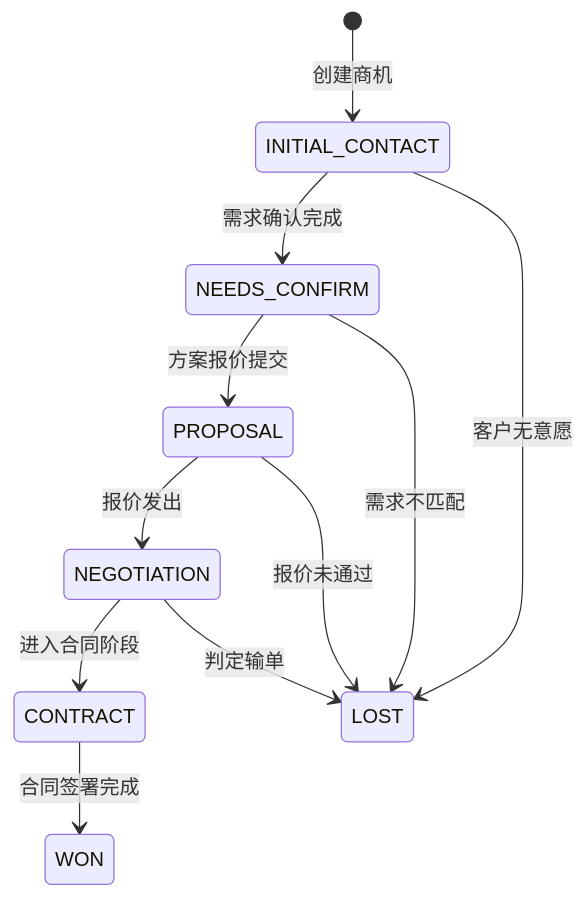
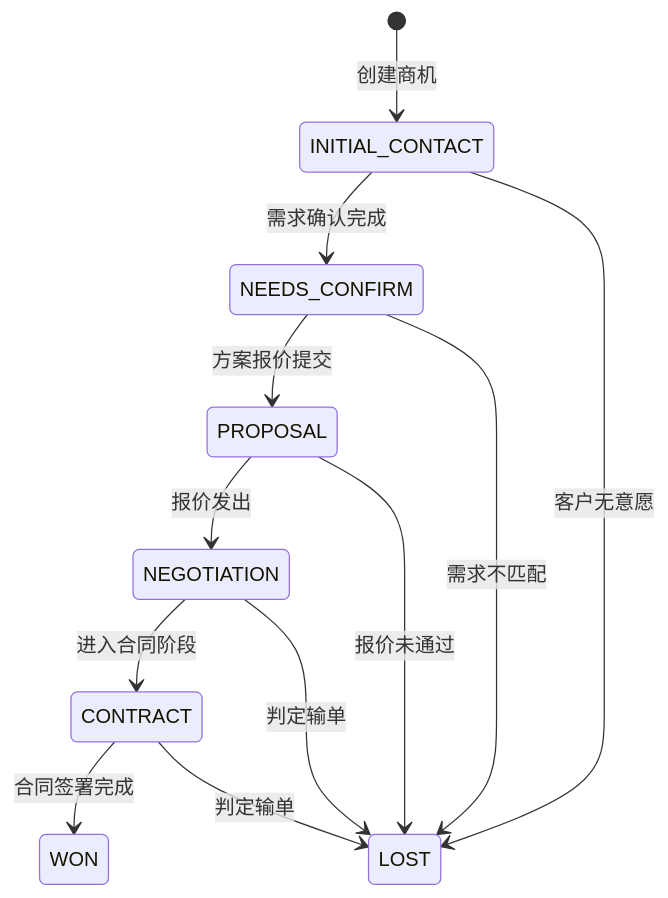
The second of 2 diagrams in prd-docs/商机管理/商机主PRD.md (lophyJessica/forge-crm), drawn with Mermaid before and after one commit. The commit also changed other lines of this file and 2 other files, not shown here.

````diff
--- a/prd-docs/商机管理/商机主PRD.md
+++ b/prd-docs/商机管理/商机主PRD.md
@@ -95,13 +95,14 @@
 ```mermaid
 stateDiagram-v2
     [*] --> INITIAL_CONTACT : 创建商机
     INITIAL_CONTACT --> NEEDS_CONFIRM : 需求确认完成
     NEEDS_CONFIRM --> PROPOSAL : 方案报价提交
     PROPOSAL --> NEGOTIATION : 报价发出
     NEGOTIATION --> CONTRACT : 进入合同阶段
     CONTRACT --> WON : 合同签署完成
+    CONTRACT --> LOST : 判定输单
     NEGOTIATION --> LOST : 判定输单
     PROPOSAL --> LOST : 报价未通过
     NEEDS_CONFIRM --> LOST : 需求不匹配
     INITIAL_CONTACT --> LOST : 客户无意愿
 ```
````
